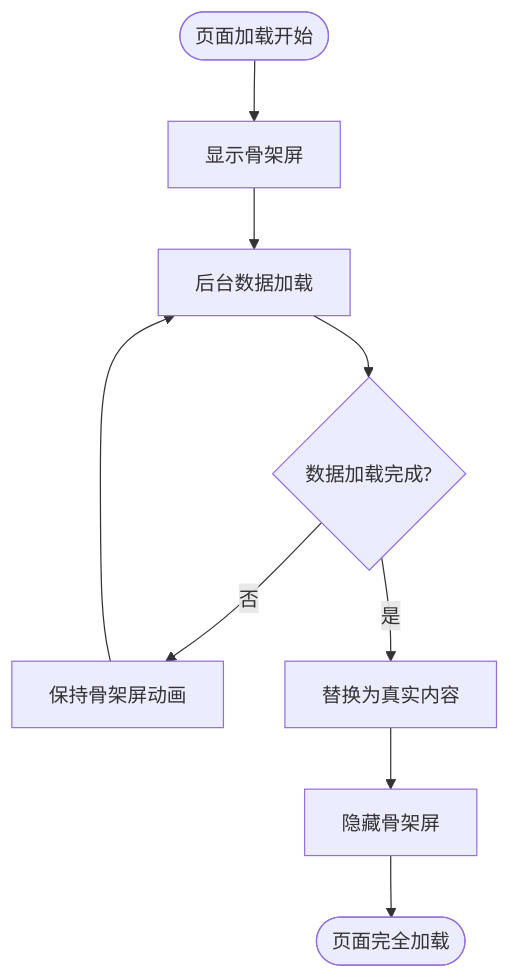
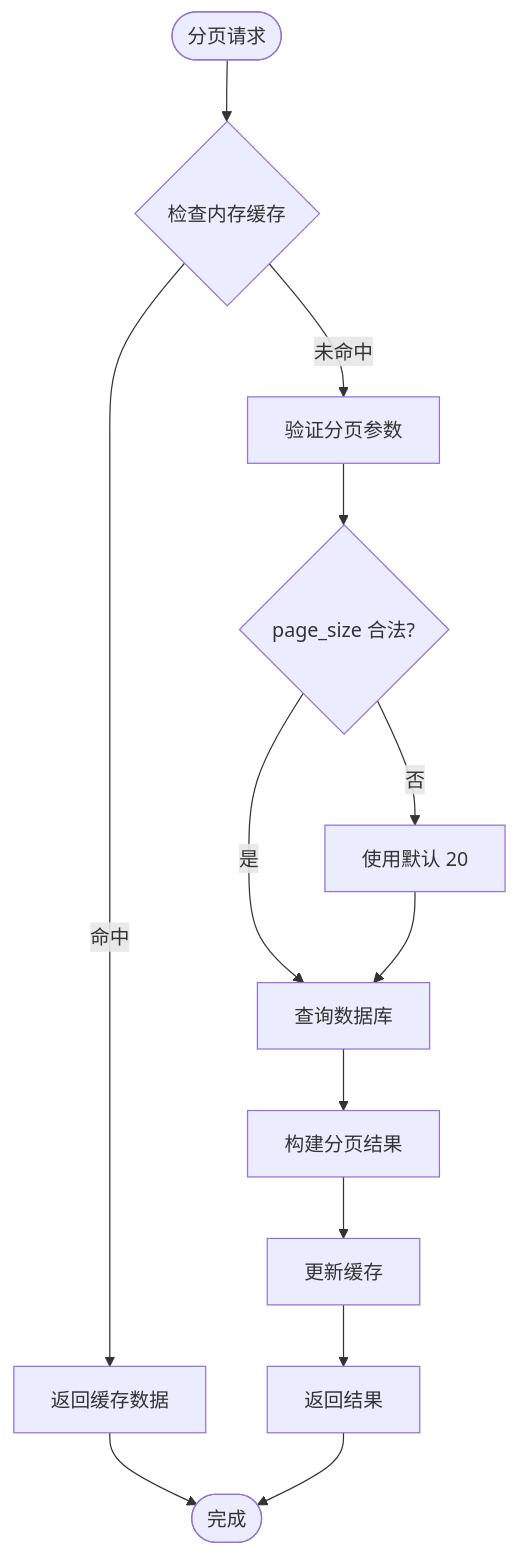
The third of 12 diagrams in .qoder/repowiki/zh/content/内容管理系统/论坛系统.md (jianai0330/Fast-F1), drawn with Mermaid before and after one commit. The commit also changed other lines of this file and 3 other files, not shown here.

````diff
--- a/.qoder/repowiki/zh/content/内容管理系统/论坛系统.md
+++ b/.qoder/repowiki/zh/content/内容管理系统/论坛系统.md
@@ -202,11 +204,15 @@
 ```mermaid
 flowchart TD
-Start(["页面加载开始"]) --> ShowSkeleton["显示骨架屏"]
-ShowSkeleton --> LoadingData["后台数据加载"]
-LoadingData --> DataReady{"数据加载完成?"}
-DataReady --> |否| KeepSkeleton["保持骨架屏动画"]
-DataReady --> |是| ReplaceContent["替换为真实内容"]
-KeepSkeleton --> LoadingData
-ReplaceContent --> HideSkeleton["隐藏骨架屏"]
-HideSkeleton --> End(["页面完全加载"])
+Start(["分页请求"]) --> CheckCache{"检查内存缓存"}
+CheckCache --> |命中| ReturnCache["返回缓存数据"]
+CheckCache --> |未命中| CheckParams["验证分页参数"]
+CheckParams --> ValidateSize{"page_size 合法?"}
+ValidateSize --> |否| DefaultSize["使用默认 20"]
+ValidateSize --> |是| QueryDB["查询数据库"]
+DefaultSize --> QueryDB
+QueryDB --> BuildResult["构建分页结果"]
+BuildResult --> UpdateCache["更新缓存"]
+UpdateCache --> ReturnResult["返回结果"]
+ReturnCache --> End(["完成"])
+ReturnResult --> End
 ```
````
